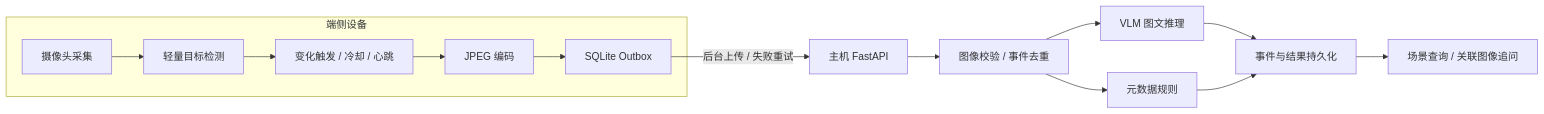
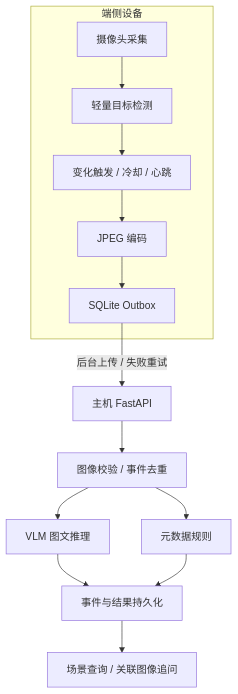
Before and after one commit to cooper-ee/roadside-multimodal-agent: the diagram in README.md, drawn with Mermaid.

````diff
--- a/README.md
+++ b/README.md
@@ -28,16 +28,16 @@
 ```mermaid
-flowchart LR
+flowchart TB
     subgraph Edge[端侧设备]
         C[摄像头采集] --> D[轻量目标检测]
         D --> G[变化触发 / 冷却 / 心跳]
         G --> J[JPEG 编码]
         J --> O[SQLite Outbox]
     end
     O -->|后台上传 / 失败重试| API[主机 FastAPI]
     API --> I[图像校验 / 事件去重]
     I --> V[VLM 图文推理]
     I --> R[元数据规则]
     V --> S[事件与结果持久化]
     R --> S
     S --> Q[场景查询 / 关联图像追问]
 ```
````
